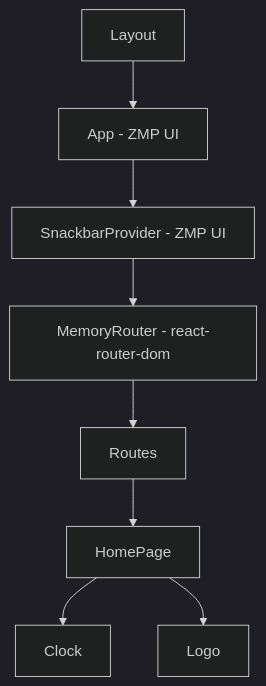
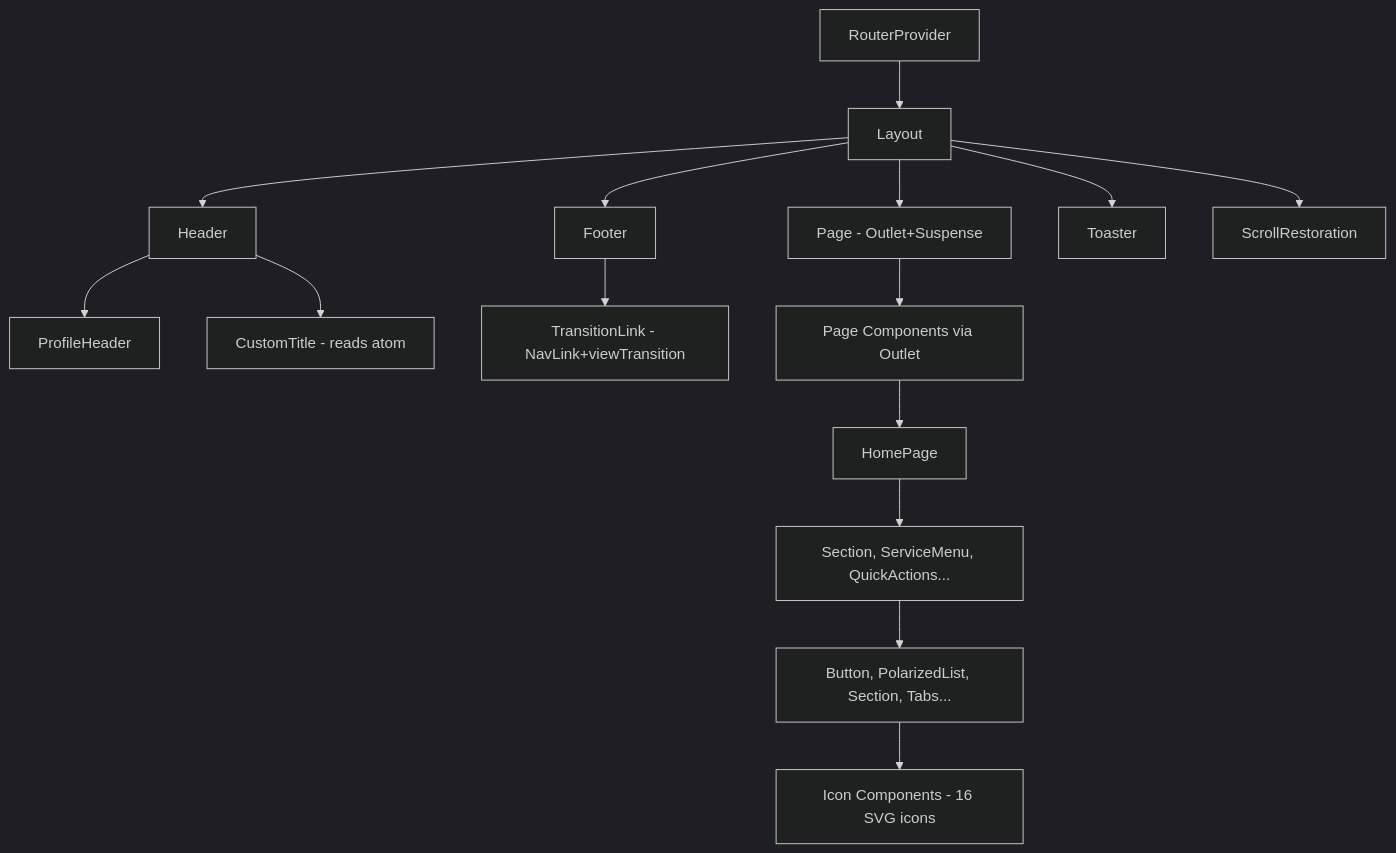
The diagram in base_knowledge/structures/propose/knowledge_react_component.md (minhquan2904/pretty-little-shop-vn), drawn with Mermaid (dark theme) before and after one commit. The commit also changed other lines of this file and 21 other files, not shown here.

````diff
--- a/base_knowledge/structures/propose/knowledge_react_component.md
+++ b/base_knowledge/structures/propose/knowledge_react_component.md
@@ -21,10 +14,17 @@
 ```mermaid
 graph TD
-    L[Layout] --> A[App - ZMP UI]
-    A --> SP[SnackbarProvider - ZMP UI]
-    SP --> MR[MemoryRouter - react-router-dom]
-    MR --> RS[Routes]
-    RS --> HP[HomePage]
-    HP --> CL[Clock]
-    HP --> LO[Logo]
+    RP[RouterProvider] --> LAYOUT[Layout]
+    LAYOUT --> HEADER[Header]
+    LAYOUT --> PAGE[Page - Outlet+Suspense]
+    LAYOUT --> FOOTER[Footer]
+    LAYOUT --> TOAST[Toaster]
+    LAYOUT --> SCROLL[ScrollRestoration]
+    HEADER --> PROFILE_H[ProfileHeader]
+    HEADER --> CUSTOM_T[CustomTitle - reads atom]
+    FOOTER --> TL[TransitionLink - NavLink+viewTransition]
+    PAGE --> PAGES[Page Components via Outlet]
+    PAGES --> HOME[HomePage]
+    HOME --> SECTIONS[Section, ServiceMenu, QuickActions...]
+    SECTIONS --> SHARED[Button, PolarizedList, Section, Tabs...]
+    SHARED --> ICONS[Icon Components - 16 SVG icons]
 ```
````
